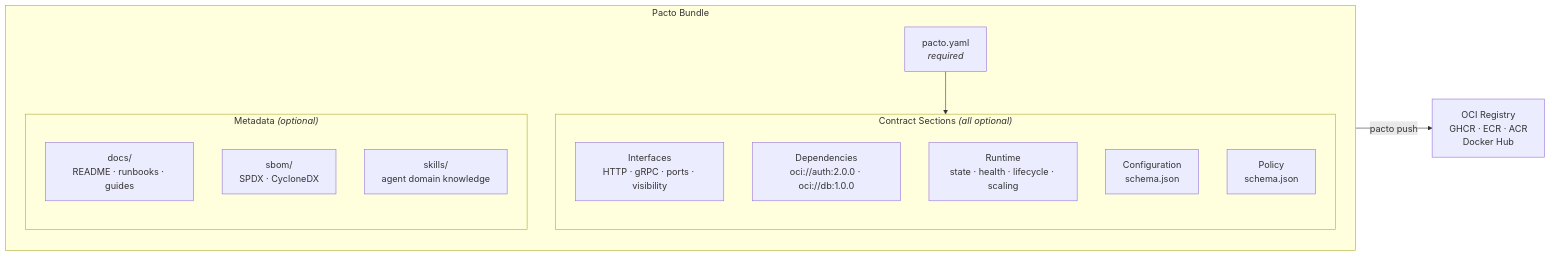
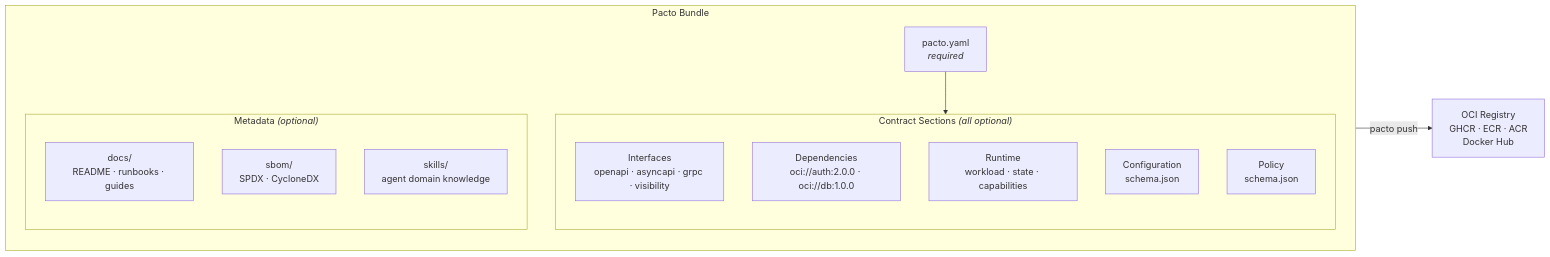
One commit to TrianaLab/pacto changed the diagram in docs/index.md. Above: the diagram before and after it, drawn with Mermaid. The commit also changed other lines of this file and 722 other files, not shown here.

````diff
--- a/docs/index.md
+++ b/docs/index.md
@@ -108,27 +125,27 @@
 ```mermaid
 graph LR
     subgraph Bundle["Pacto Bundle"]
         direction TB
         YAML["pacto.yaml<br/><i>required</i>"]
 
         subgraph Sections["Contract Sections <i>(all optional)</i>"]
             direction TB
-            Interfaces["Interfaces<br/>HTTP · gRPC · ports · visibility"]
+            Interfaces["Interfaces<br/>openapi · asyncapi · grpc · visibility"]
             Dependencies["Dependencies<br/>oci://auth:2.0.0 · oci://db:1.0.0"]
-            Runtime["Runtime<br/>state · health · lifecycle · scaling"]
+            Runtime["Runtime<br/>workload · state · capabilities"]
             Config["Configuration<br/>schema.json"]
             Policy["Policy<br/>schema.json"]
         end
 
         subgraph Extras["Metadata <i>(optional)</i>"]
             direction TB
             Docs["docs/<br/>README · runbooks · guides"]
             SBOM["sbom/<br/>SPDX · CycloneDX"]
             Skills["skills/<br/>agent domain knowledge"]
         end
 
         YAML --> Sections
     end
 
     Bundle -- "pacto push" --> Registry["OCI Registry<br/>GHCR · ECR · ACR<br/>Docker Hub"]
 ```
````
